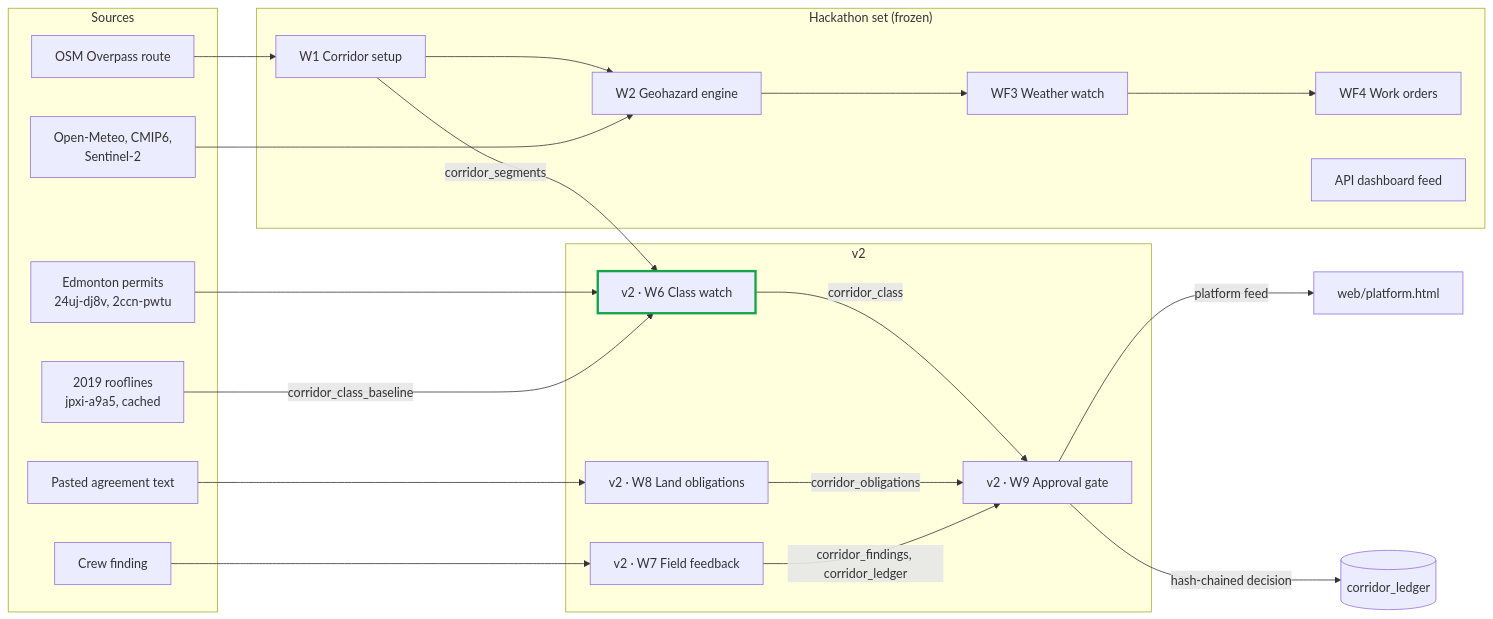
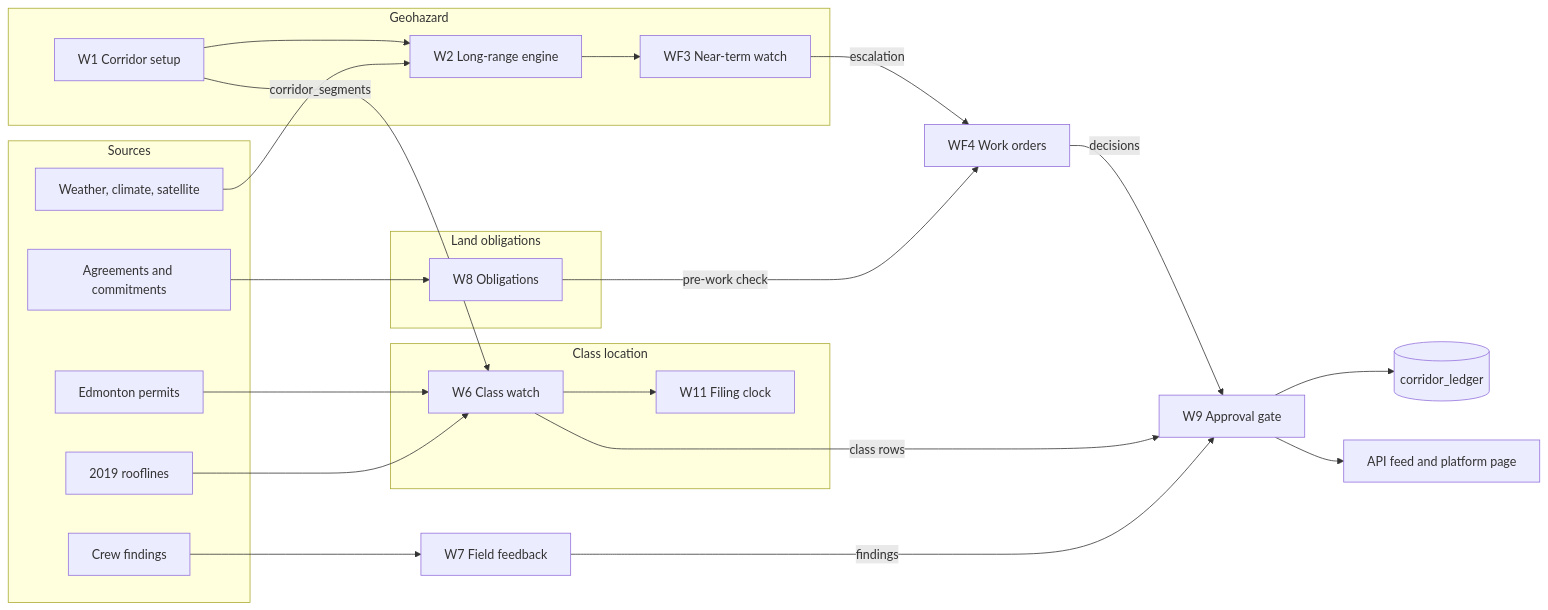
Before and after one commit to chlooood/eprojects: the diagram in docs/N8N_V2.md, drawn with Mermaid. The commit also changed other lines of this file and 20 other files, not shown here.

Commit message:
n8n v2 exports and handoff, platform page sends the webhook key, repo cleanup

````diff
--- a/docs/N8N_V2.md
+++ b/docs/N8N_V2.md
@@ -28,33 +47,32 @@
 ```mermaid
 flowchart LR
   subgraph SRC["Sources"]
-    OSM[OSM Overpass route]
-    EDM[Edmonton permits<br/>24uj-dj8v, 2ccn-pwtu]
-    ROOF[2019 rooflines<br/>jpxi-a9a5, cached]
-    WX[Open-Meteo, CMIP6,<br/>Sentinel-2]
-    AGR[Pasted agreement text]
-    CREW[Crew finding]
+    EDM[Edmonton permits]
+    ROOF[2019 rooflines]
+    WX[Weather, climate, satellite]
+    AGR[Agreements and commitments]
+    CREW[Crew findings]
   end
-  subgraph HACK["Hackathon set (frozen)"]
-    W1[W1 Corridor setup] --> W2[W2 Geohazard engine]
-    W2 --> WF3[WF3 Weather watch] --> WF4[WF4 Work orders]
-    API[API dashboard feed]
+  subgraph GEO["Geohazard"]
+    W1[W1 Corridor setup] --> W2[W2 Long-range engine] --> WF3[WF3 Near-term watch]
   end
-  subgraph V2["v2"]
-    W6["v2 · W6 Class watch"]:::done
-    W9["v2 · W9 Approval gate"]
-    W8["v2 · W8 Land obligations"]
-    W7["v2 · W7 Field feedback"]
+  subgraph CLS["Class location"]
+    W6[W6 Class watch] --> W11[W11 Filing clock]
   end
-  OSM --> W1
+  subgraph LAND["Land obligations"]
+    W8[W8 Obligations]
+  end
+  EDM --> W6
+  ROOF --> W6
+  W1 -- corridor_segments --> W6
   WX --> W2
-  W1 -- corridor_segments --> W6
-  EDM --> W6
-  ROOF -- corridor_class_baseline --> W6
-  W6 -- corridor_class --> W9
-  AGR --> W8 -- corridor_obligations --> W9
-  CREW --> W7 -- "corridor_findings, corridor_ledger" --> W9
-  W9 -- "platform feed" --> PAGE[web/platform.html]
-  W9 -- hash-chained decision --> LEDGER[(corridor_ledger)]
-  classDef done stroke:#16a34a,stroke-width:3px
+  AGR --> W8
+  WF3 -- escalation --> WF4[WF4 Work orders]
+  W8 -- pre-work check --> WF4
+  CREW --> W7[W7 Field feedback]
+  WF4 -- decisions --> W9[W9 Approval gate]
+  W6 -- class rows --> W9
+  W7 -- findings --> W9
+  W9 --> LEDGER[(corridor_ledger)]
+  W9 --> FEED[API feed and platform page]
 ```
````
